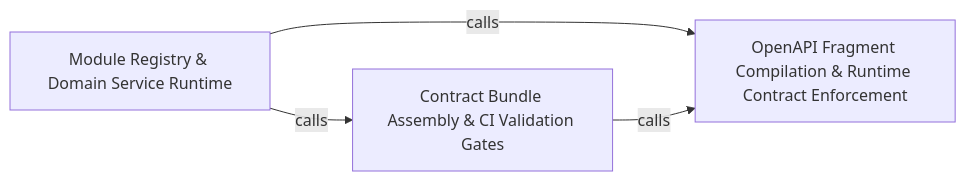
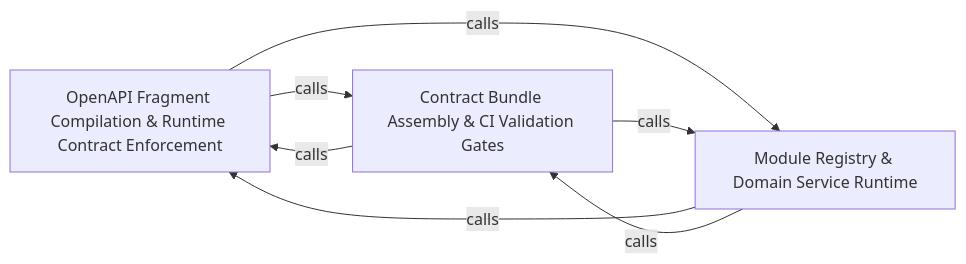
The diagram in .2brain/arch/Contract_Generation_Pipeline.md (Guebbit/boilerplate-node-backend), drawn with Mermaid before and after one commit. The commit also changed other lines of this file and 627 other files, not shown here.

````diff
--- a/.2brain/arch/Contract_Generation_Pipeline.md
+++ b/.2brain/arch/Contract_Generation_Pipeline.md
@@ -10,12 +10,15 @@
 ```mermaid
 graph LR
     OpenAPI_Fragment_Compilation_Runtime_Contract_Enforcement["OpenAPI Fragment Compilation & Runtime Contract Enforcement"]
     Module_Registry_Domain_Service_Runtime["Module Registry & Domain Service Runtime"]
     Contract_Bundle_Assembly_CI_Validation_Gates["Contract Bundle Assembly & CI Validation Gates"]
+    OpenAPI_Fragment_Compilation_Runtime_Contract_Enforcement -- "calls" --> Contract_Bundle_Assembly_CI_Validation_Gates
+    OpenAPI_Fragment_Compilation_Runtime_Contract_Enforcement -- "calls" --> Module_Registry_Domain_Service_Runtime
     Module_Registry_Domain_Service_Runtime -- "calls" --> OpenAPI_Fragment_Compilation_Runtime_Contract_Enforcement
     Module_Registry_Domain_Service_Runtime -- "calls" --> Contract_Bundle_Assembly_CI_Validation_Gates
     Contract_Bundle_Assembly_CI_Validation_Gates -- "calls" --> OpenAPI_Fragment_Compilation_Runtime_Contract_Enforcement
+    Contract_Bundle_Assembly_CI_Validation_Gates -- "calls" --> Module_Registry_Domain_Service_Runtime
     click OpenAPI_Fragment_Compilation_Runtime_Contract_Enforcement href "./OpenAPI_Fragment_Compilation_Runtime_Contract_Enforcement.md" "Details"
     click Module_Registry_Domain_Service_Runtime href "./Module_Registry_Domain_Service_Runtime.md" "Details"
     click Contract_Bundle_Assembly_CI_Validation_Gates href "./Contract_Bundle_Assembly_CI_Validation_Gates.md" "Details"
 ```
````
